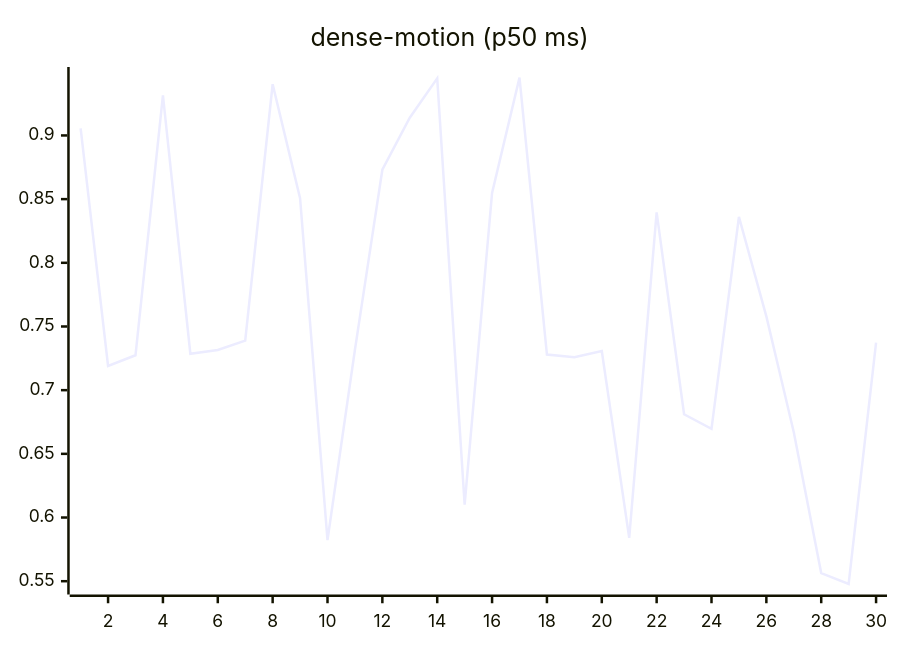
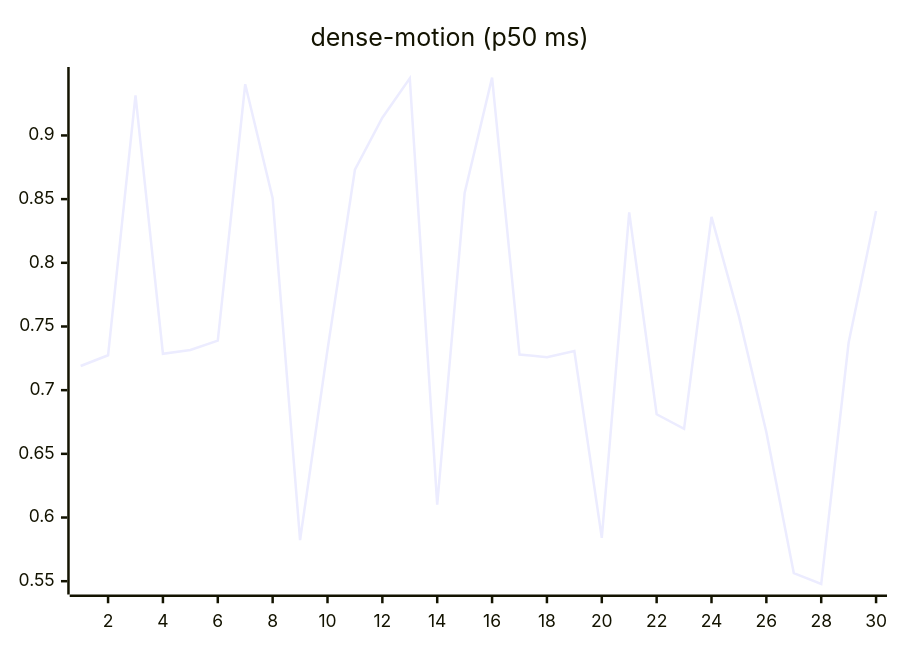
One commit to josha/Facet changed the ninth of 27 diagrams in README.md. Above: the diagram before and after it, drawn with Mermaid. The commit also changed other lines of this file and 2 other files, not shown here.

````diff
--- a/README.md
+++ b/README.md
@@ -119,6 +119,6 @@
 ```mermaid
 xychart-beta
     title "dense-motion (p50 ms)"
     x-axis 1 --> 30
-    line [0.9055, 0.7190, 0.7274, 0.9314, 0.7286, 0.7316, 0.7389, 0.9402, 0.8508, 0.5823, 0.7317, 0.8731, 0.9139, 0.9448, 0.6101, 0.8549, 0.9454, 0.7280, 0.7259, 0.7307, 0.5841, 0.8396, 0.6811, 0.6696, 0.8361, 0.7579, 0.6670, 0.5564, 0.5479, 0.7374]
+    line [0.7190, 0.7274, 0.9314, 0.7286, 0.7316, 0.7389, 0.9402, 0.8508, 0.5823, 0.7317, 0.8731, 0.9139, 0.9448, 0.6101, 0.8549, 0.9454, 0.7280, 0.7259, 0.7307, 0.5841, 0.8396, 0.6811, 0.6696, 0.8361, 0.7579, 0.6670, 0.5564, 0.5479, 0.7374, 0.8407]
 ```
````
